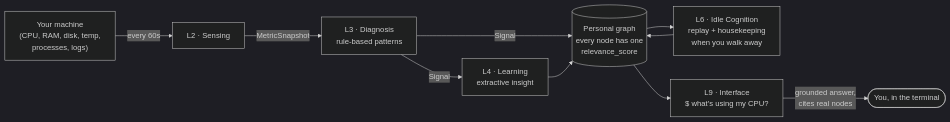
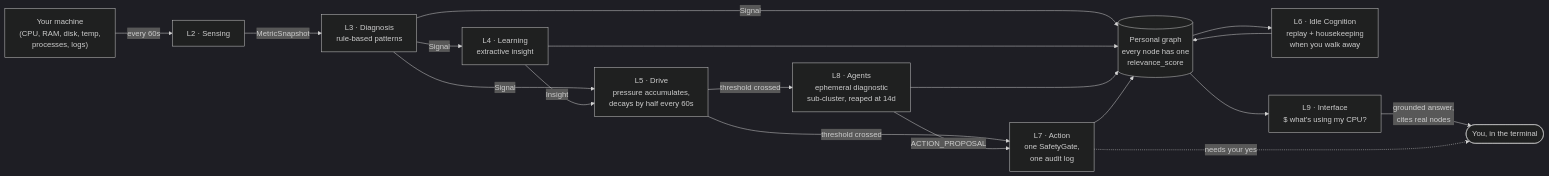
Before and after one commit to bhanot-99/NeuroPACA: the first of 2 diagrams in README.md, drawn with Mermaid (dark theme). The commit also changed other lines of this file, not shown here.

````diff
--- a/README.md
+++ b/README.md
@@ -22,12 +22,20 @@
 ```mermaid
 flowchart LR
     OS["Your machine<br/>(CPU, RAM, disk, temp,<br/>processes, logs)"] -->|every 60s| SENSE[L2 · Sensing]
     SENSE -->|MetricSnapshot| DIAG[L3 · Diagnosis<br/>rule-based patterns]
     DIAG -->|Signal| GRAPH[(Personal graph<br/>every node has one<br/>relevance_score)]
     DIAG -->|Signal| LEARN[L4 · Learning<br/>extractive insight]
     LEARN --> GRAPH
     GRAPH --> IDLE[L6 · Idle Cognition<br/>replay + housekeeping<br/>when you walk away]
     IDLE --> GRAPH
+    DIAG -->|Signal| DRIVE[L5 · Drive<br/>pressure accumulates,<br/>decays by half every 60s]
+    LEARN -->|Insight| DRIVE
+    DRIVE -->|threshold crossed| ACT[L7 · Action<br/>one SafetyGate,<br/>one audit log]
+    DRIVE -->|threshold crossed| AGENT[L8 · Agents<br/>ephemeral diagnostic<br/>sub-cluster, reaped at 14d]
+    AGENT -->|ACTION_PROPOSAL| ACT
+    AGENT --> GRAPH
+    ACT --> GRAPH
     GRAPH --> ASK["L9 · Interface<br/>$ what's using my CPU?"]
     ASK -->|grounded answer,<br/>cites real nodes| USER([You, in the terminal])
+    ACT -.->|needs your yes| USER
 ```
````
